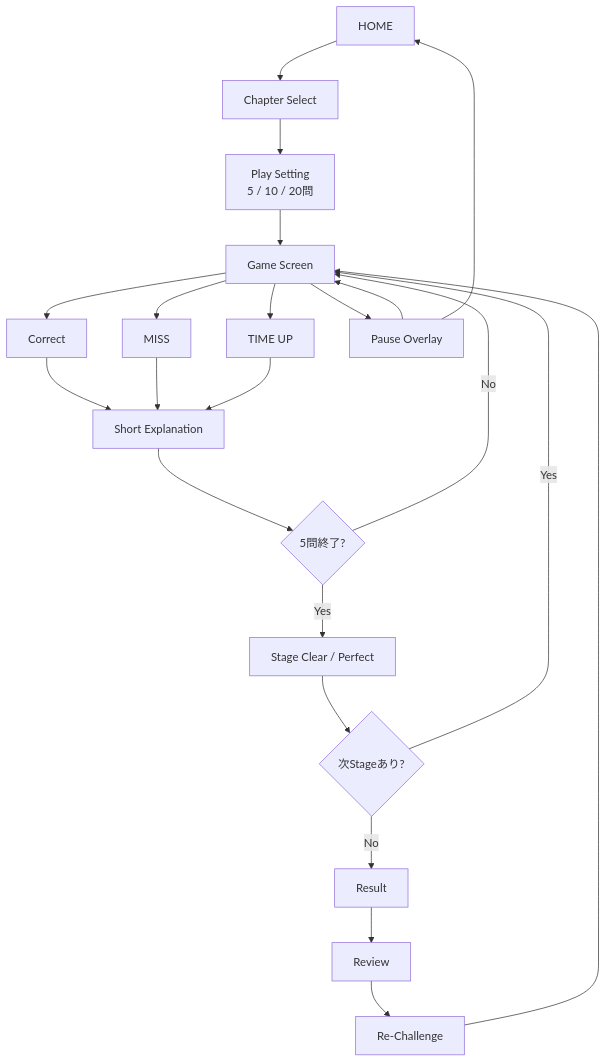
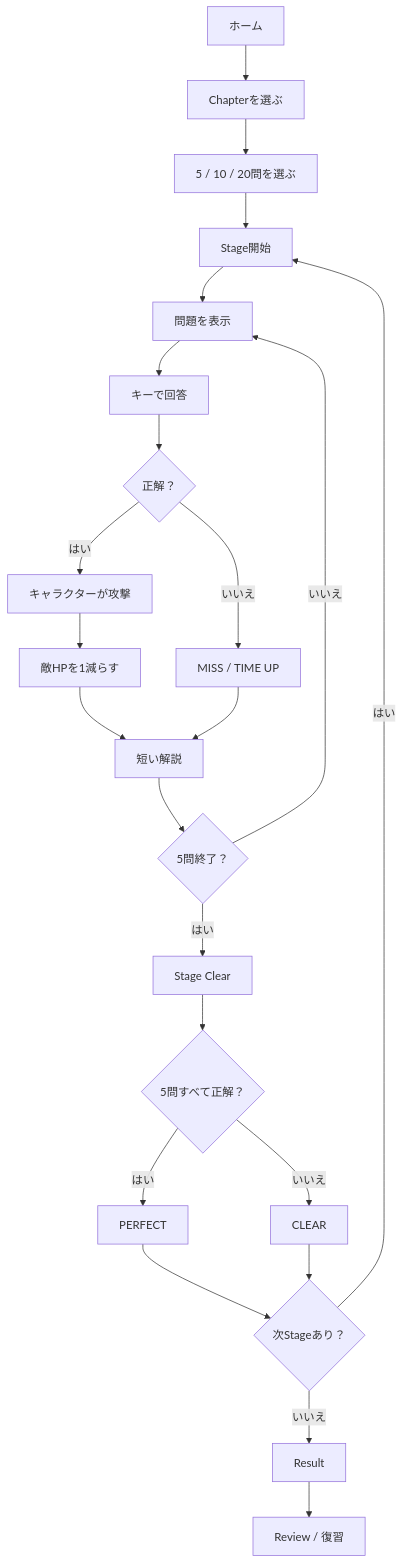
The second of 15 diagrams in README.md (suu-dev-0203/graduation_JAVAgame), drawn with Mermaid before and after one commit. The commit also changed other lines of this file, not shown here.

First line of the commit message:
READMEを初心者向けに更新し、ゲーム仕様と設計図を整理

````diff
--- a/README.md
+++ b/README.md
@@ -1151,33 +1142,25 @@
 ```mermaid
 flowchart TD
-    HOME[HOME] --> CHAPTER[Chapter Select]
-
-    CHAPTER --> SETTING[Play Setting<br/>5 / 10 / 20問]
-
-    SETTING --> PLAY[Game Screen]
-
-    PLAY --> CORRECT[Correct]
-    PLAY --> MISS[MISS]
-    PLAY --> TIMEUP[TIME UP]
-
-    CORRECT --> FEEDBACK[Short Explanation]
-    MISS --> FEEDBACK
-    TIMEUP --> FEEDBACK
-
-    FEEDBACK --> NEXT{5問終了?}
-
-    NEXT -- No --> PLAY
-    NEXT -- Yes --> CLEAR[Stage Clear / Perfect]
-
-    CLEAR --> MORE{次Stageあり?}
-    MORE -- Yes --> PLAY
-    MORE -- No --> RESULT[Result]
-
-    RESULT --> REVIEW[Review]
-    REVIEW --> RETRY[Re-Challenge]
-    RETRY --> PLAY
-
-    PLAY --> PAUSE[Pause Overlay]
-    PAUSE --> PLAY
-    PAUSE --> HOME
+    A[ホーム] --> B[Chapterを選ぶ]
+    B --> C[5 / 10 / 20問を選ぶ]
+    C --> D[Stage開始]
+    D --> E[問題を表示]
+    E --> F[キーで回答]
+    F --> G{正解？}
+    G -- はい --> H[キャラクターが攻撃]
+    H --> I[敵HPを1減らす]
+    G -- いいえ --> J[MISS / TIME UP]
+    I --> K[短い解説]
+    J --> K
+    K --> L{5問終了？}
+    L -- いいえ --> E
+    L -- はい --> M[Stage Clear]
+    M --> N{5問すべて正解？}
+    N -- はい --> O[PERFECT]
+    N -- いいえ --> P[CLEAR]
+    O --> Q{次Stageあり？}
+    P --> Q
+    Q -- はい --> D
+    Q -- いいえ --> R[Result]
+    R --> S[Review / 復習]
 ```
````
